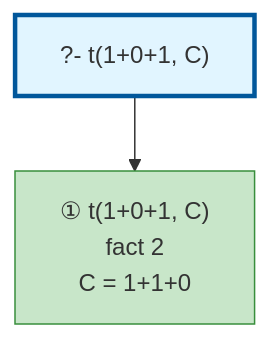
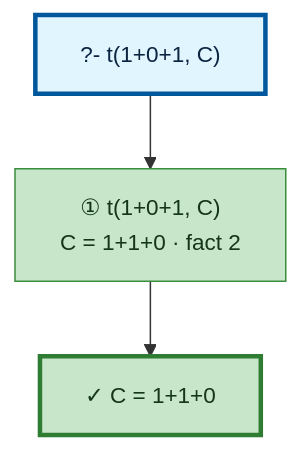
The diagram in examples/operator-output.md (textologylabs/prolog-trace-viz), drawn with Mermaid before and after one commit. The commit also changed 8 other files, not shown here.

First line of the commit message:
✨ render the call tree as an execution flow with backtracking loops

````diff
--- a/examples/operator-output.md
+++ b/examples/operator-output.md
@@ -29,14 +29,18 @@
 ```mermaid
+%%{init: {'flowchart': {'nodeSpacing': 46, 'rankSpacing': 50}, 'themeVariables': {'fontSize': '15px'}}}%%
 graph TD
 
 %% Nodes
 A["?- t(1+0+1, C)"]
-B["① t(1+0+1, C)<br/>fact 2<br/>C = 1+1+0"]
+B["① t(1+0+1, C)<br/>C = 1+1+0 · fact 2"]
+C["✓ C = 1+1+0"]
 
-%% Edges
+%% Flow
 A --> B
+B --> C
 
 %% Styles
-style A fill:#e1f5ff,stroke:#01579b,stroke-width:3px
-style B fill:#c8e6c9,stroke:#388e3c
+style A fill:#e1f5ff,stroke:#01579b,stroke-width:3px,color:#0b2440
+style B fill:#c8e6c9,stroke:#388e3c,color:#14361a
+style C fill:#c8e6c9,stroke:#2e7d32,stroke-width:3px,color:#14361a
 ```
````
